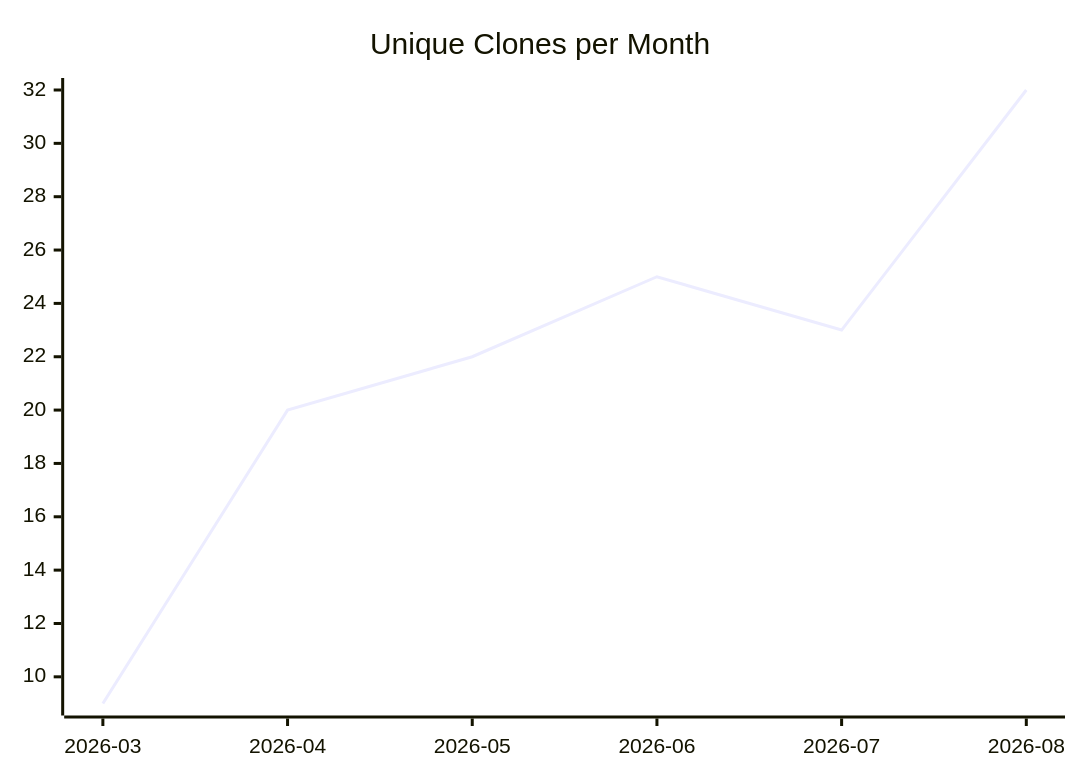
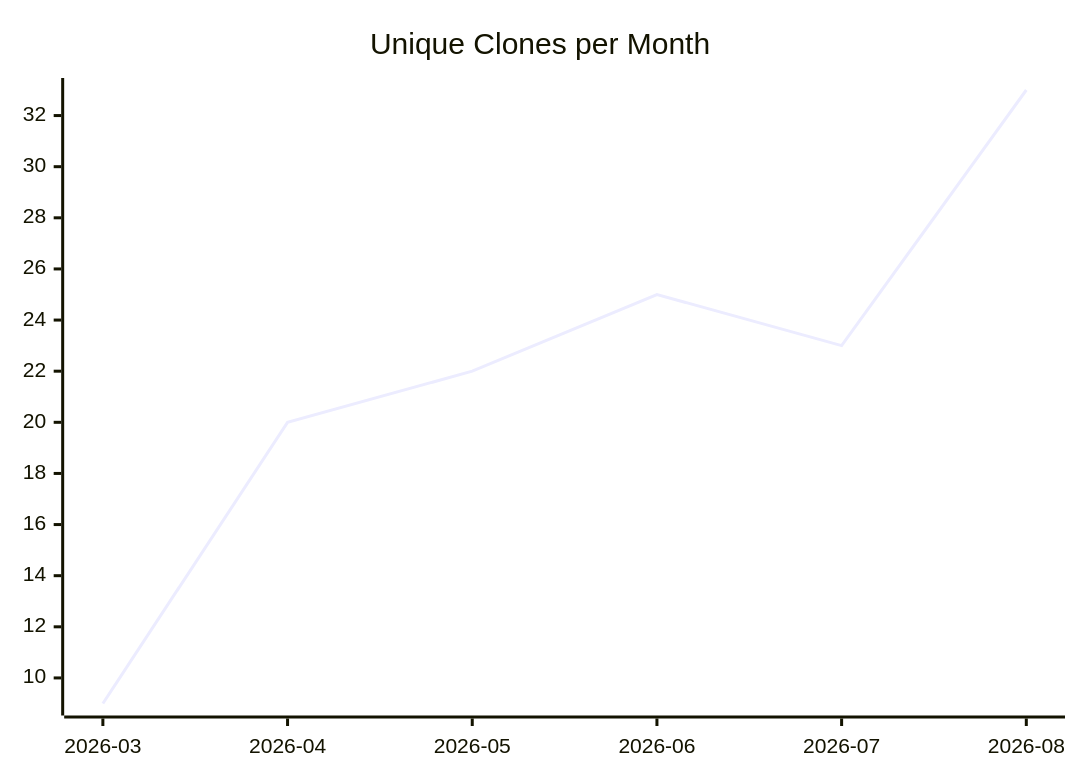
One commit to justdavis-family/github-analytics-data changed the third of 3 diagrams in karlmdavis/kxml2/README.md. Above: the diagram before and after it, drawn with Mermaid. The commit also changed other lines of this file and 190 other files, not shown here.

````diff
--- a/karlmdavis/kxml2/README.md
+++ b/karlmdavis/kxml2/README.md
@@ -19,6 +19,6 @@
 ```mermaid
 xychart-beta
   title "Unique Clones per Month"
   x-axis ["2026-03", "2026-04", "2026-05", "2026-06", "2026-07", "2026-08"]
-  line [9, 20, 22, 25, 23, 32]
+  line [9, 20, 22, 25, 23, 33]
 ```
````
